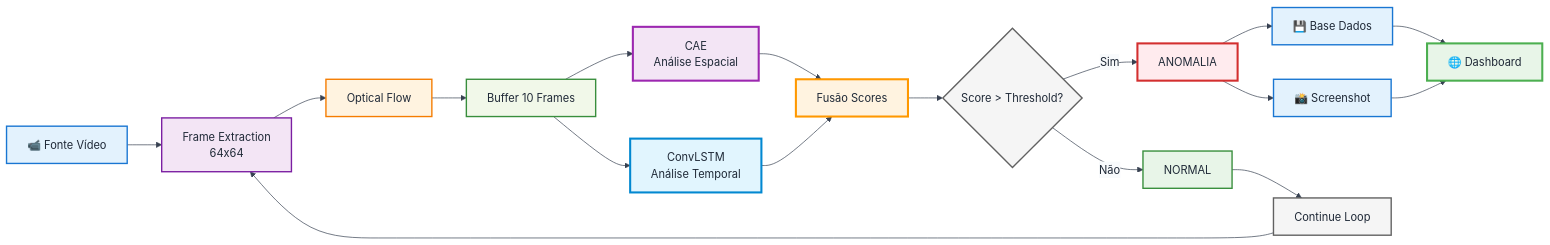
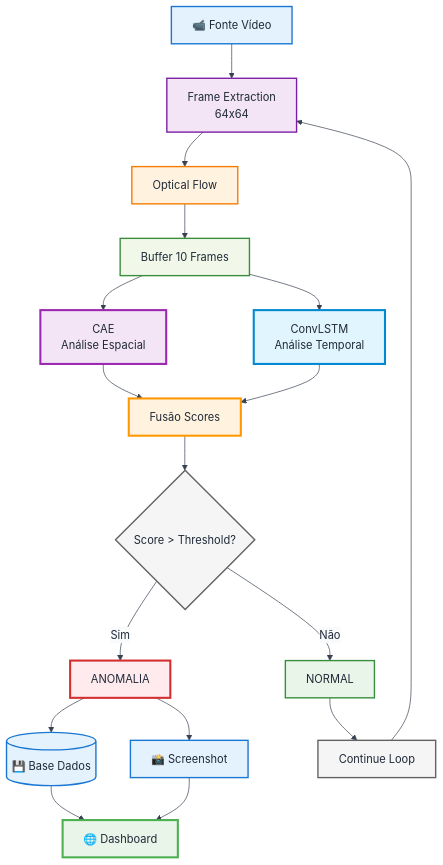
One commit to YMatique/anomaly_dectection_system_yam_monography changed the diagram in diagrams/h_architeture.mermaid. Above: the diagram before and after it, drawn with Mermaid. The commit also changed 6 other files, not shown here.

```diff
--- a/diagrams/h_architeture.mermaid
+++ b/diagrams/h_architeture.mermaid
@@ -1,51 +1,51 @@
 %%{init: {
   'theme': 'base',
   'themeVariables': {
     'primaryColor': '#ffffff',
     'primaryTextColor': '#1f2937',
     'primaryBorderColor': '#374151',
     'lineColor': '#374151',
     'background': '#ffffff',
     'secondaryColor': '#f8fafc',
     'tertiaryColor': '#e2e8f0'
   }
 }}%%
 
-graph LR
+graph TD
     A[📹 Fonte Vídeo] --> B[Frame Extraction<br/>64x64]
     B --> C[ Optical Flow]
     C --> D[Buffer 10 Frames]
     
     D --> E[ CAE<br/>Análise Espacial]
     D --> F[ ConvLSTM<br/>Análise Temporal]
     
     E --> G[Fusão Scores]
     F --> G
     
     G --> H{Score > Threshold?}
     
     H -->|Sim| I[ ANOMALIA]
     H -->|Não| J[ NORMAL]
     
-    I --> K[💾 Base Dados]
+    I --> K[(💾 Base Dados)]
     I --> L[📸 Screenshot]
     K --> M[🌐 Dashboard]
     L --> M
     
     J --> N[Continue Loop]
     N --> B
     
     style A fill:#e3f2fd,stroke:#1976d2,stroke-width:2px,color:#1f2937
     style B fill:#f3e5f5,stroke:#7b1fa2,stroke-width:2px,color:#1f2937
     style C fill:#fff3e0,stroke:#f57c00,stroke-width:2px,color:#1f2937
     style D fill:#f1f8e9,stroke:#388e3c,stroke-width:2px,color:#1f2937
     style E fill:#f3e5f5,stroke:#9c27b0,stroke-width:3px,color:#1f2937
     style F fill:#e1f5fe,stroke:#0288d1,stroke-width:3px,color:#1f2937
     style G fill:#fff3e0,stroke:#ff9800,stroke-width:3px,color:#1f2937
     style H fill:#f5f5f5,stroke:#616161,stroke-width:2px,color:#1f2937
     style I fill:#ffebee,stroke:#d32f2f,stroke-width:3px,color:#1f2937
     style J fill:#e8f5e8,stroke:#388e3c,stroke-width:2px,color:#1f2937
     style K fill:#e3f2fd,stroke:#1976d2,stroke-width:2px,color:#1f2937
     style L fill:#e3f2fd,stroke:#1976d2,stroke-width:2px,color:#1f2937
     style M fill:#e8f5e8,stroke:#4caf50,stroke-width:3px,color:#1f2937
     style N fill:#f5f5f5,stroke:#616161,stroke-width:2px,color:#1f2937
```
